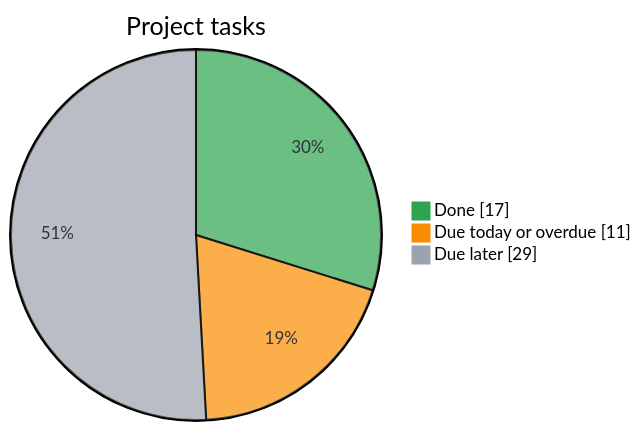
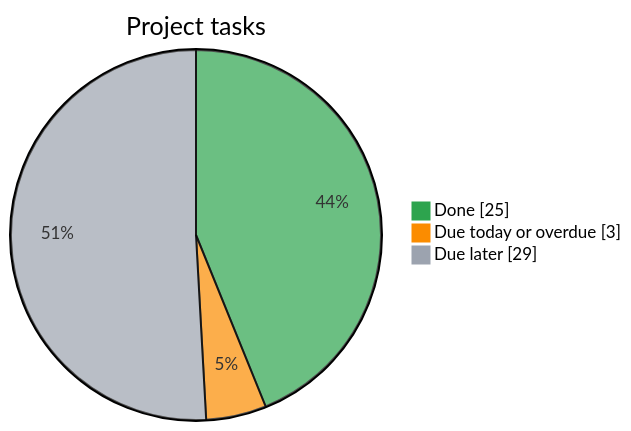
One commit to Kr1sKros/IKT466-Corporate-Bankruptcy-Predictor changed the diagram in README.md. Above: the diagram before and after it, drawn with Mermaid. The commit also changed other lines of this file, not shown here.

Commit message:
docs: refresh task dashboard

````diff
--- a/README.md
+++ b/README.md
@@ -8,8 +8,8 @@
 ```mermaid
 %%{init: {"themeVariables": {"pie1": "#2da44e", "pie2": "#fb8c00", "pie3": "#9ca3af"}}}%%
 pie showData
     title Project tasks
-    "Done" : 17
-    "Due today or overdue" : 11
+    "Done" : 25
+    "Due today or overdue" : 3
     "Due later" : 29
 ```
````
